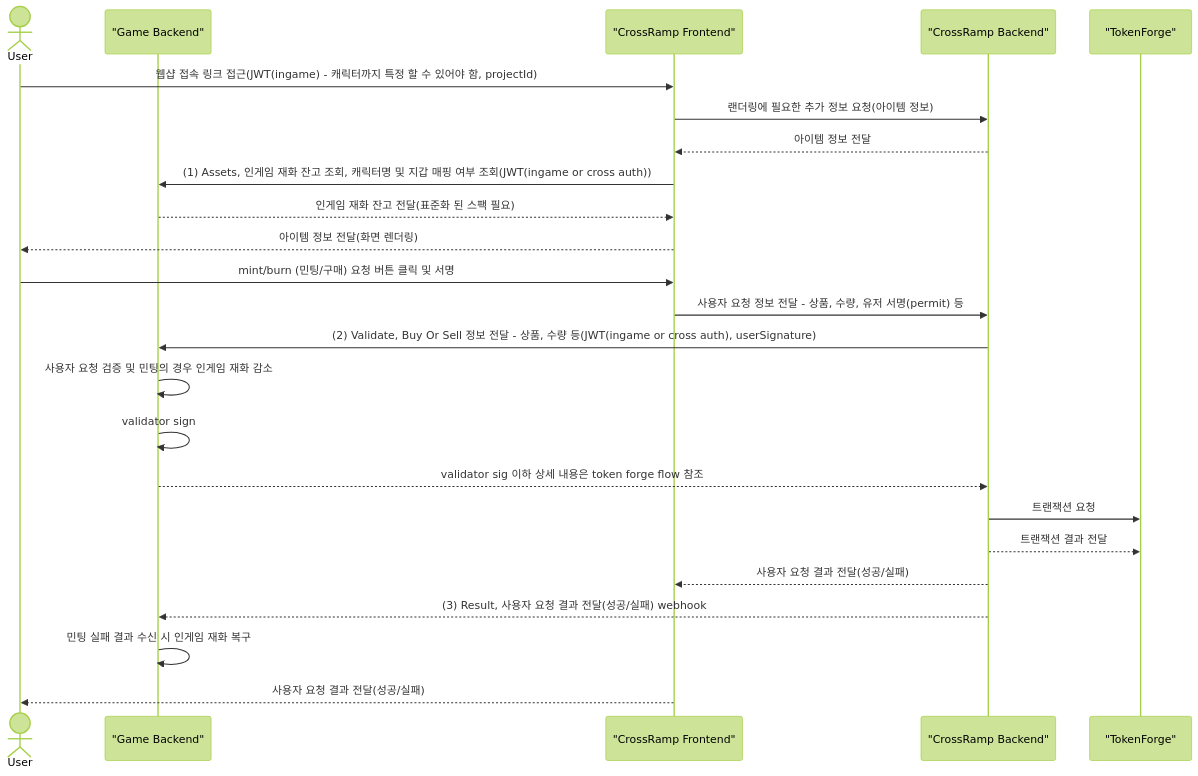
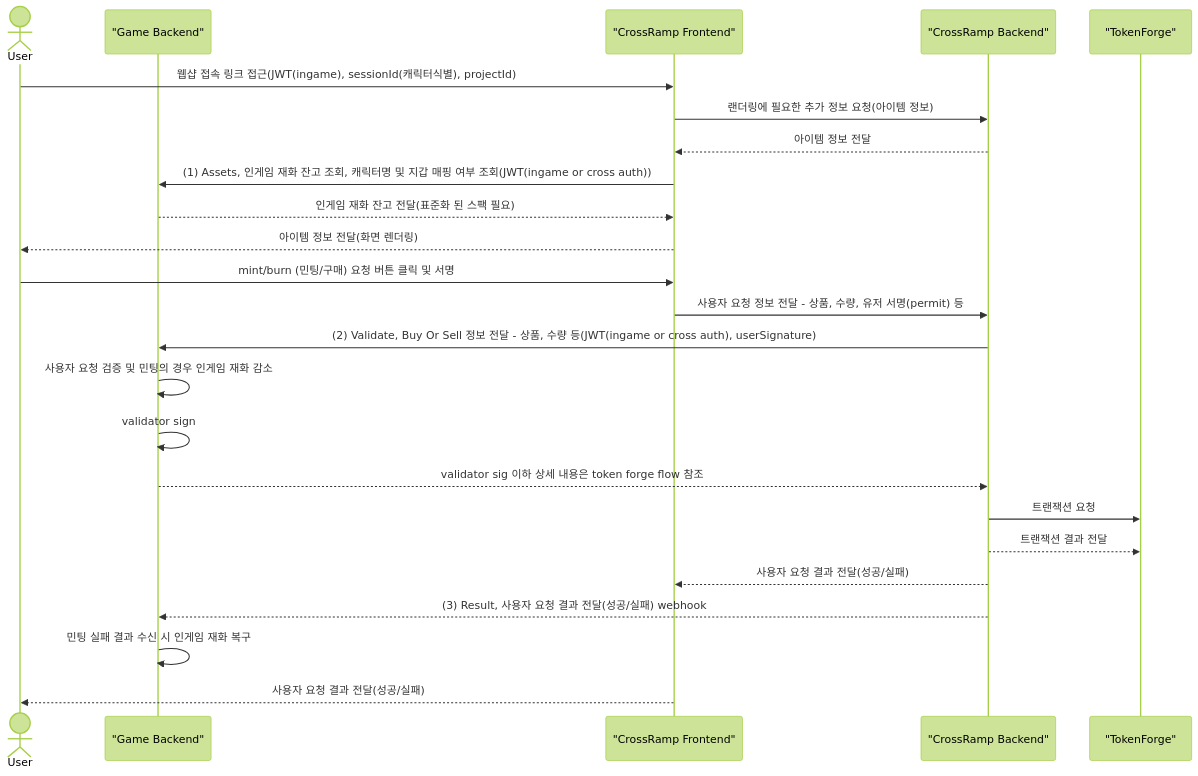
Before and after one commit to to-nexus/cross-ramp-integration-sample: the diagram in GUIDE_KR.md, drawn with Mermaid (forest theme). The commit also changed other lines of this file, not shown here.

````diff
--- a/GUIDE_KR.md
+++ b/GUIDE_KR.md
@@ -17,31 +17,31 @@
 ```mermaid
 sequenceDiagram
     actor User
     participant Game as "Game Backend"
     participant Frontend as "CrossRamp Frontend"
     participant Backend as "CrossRamp Backend"
     participant TokenForge as "TokenForge"
 
-    User->>Frontend: 웹샵 접속 링크 접근(JWT(ingame) - 캐릭터까지 특정 할 수 있어야 함, projectId)
+    User->>Frontend: 웹샵 접속 링크 접근(JWT(ingame), sessionId(캐릭터식별), projectId)
     Frontend->>Backend: 랜더링에 필요한 추가 정보 요청(아이템 정보)
     Backend-->>Frontend: 아이템 정보 전달
     Frontend->>Game: (1) Assets, 인게임 재화 잔고 조회, 캐릭터명 및 지갑 매핑 여부 조회(JWT(ingame or cross auth))
     Game-->>Frontend: 인게임 재화 잔고 전달(표준화 된 스팩 필요)
     Frontend-->>User: 아이템 정보 전달(화면 렌더링)
     User->>Frontend: mint/burn (민팅/구매) 요청 버튼 클릭 및 서명
 
     Frontend->>Backend: 사용자 요청 정보 전달 - 상품, 수량, 유저 서명(permit) 등
 
     Backend->>Game: (2) Validate, Buy Or Sell 정보 전달 - 상품, 수량 등(JWT(ingame or cross auth), userSignature)
 
     Game->>Game: 사용자 요청 검증 및 민팅의 경우 인게임 재화 감소
     Game->>Game: validator sign
 
     Game-->>Backend: validator sig 이하 상세 내용은 token forge flow 참조
     Backend->>TokenForge: 트랜잭션 요청
     Backend-->>TokenForge: 트랜잭션 결과 전달
     Backend-->>Frontend: 사용자 요청 결과 전달(성공/실패)
     Backend-->>Game: (3) Result, 사용자 요청 결과 전달(성공/실패) webhook
     Game->>Game: 민팅 실패 결과 수신 시 인게임 재화 복구
     Frontend-->>User: 사용자 요청 결과 전달(성공/실패)
 ```
````
